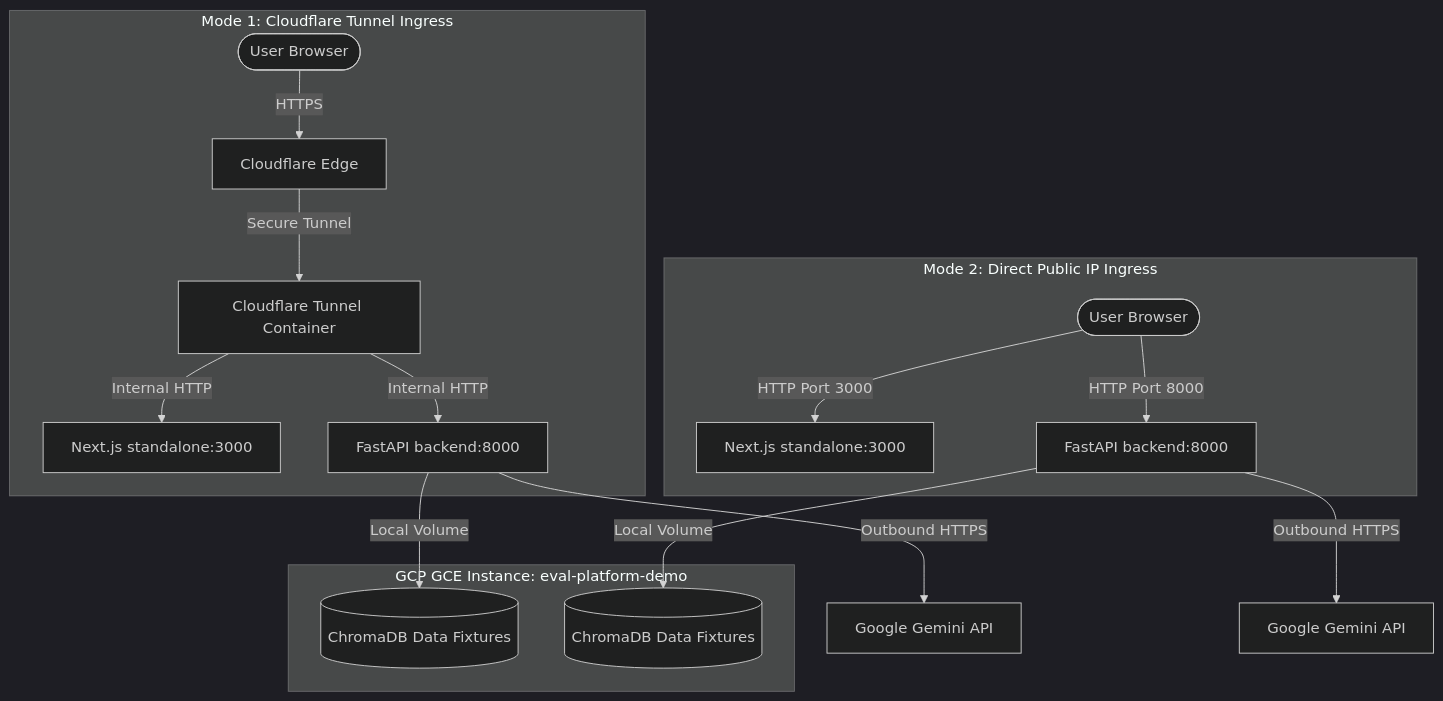
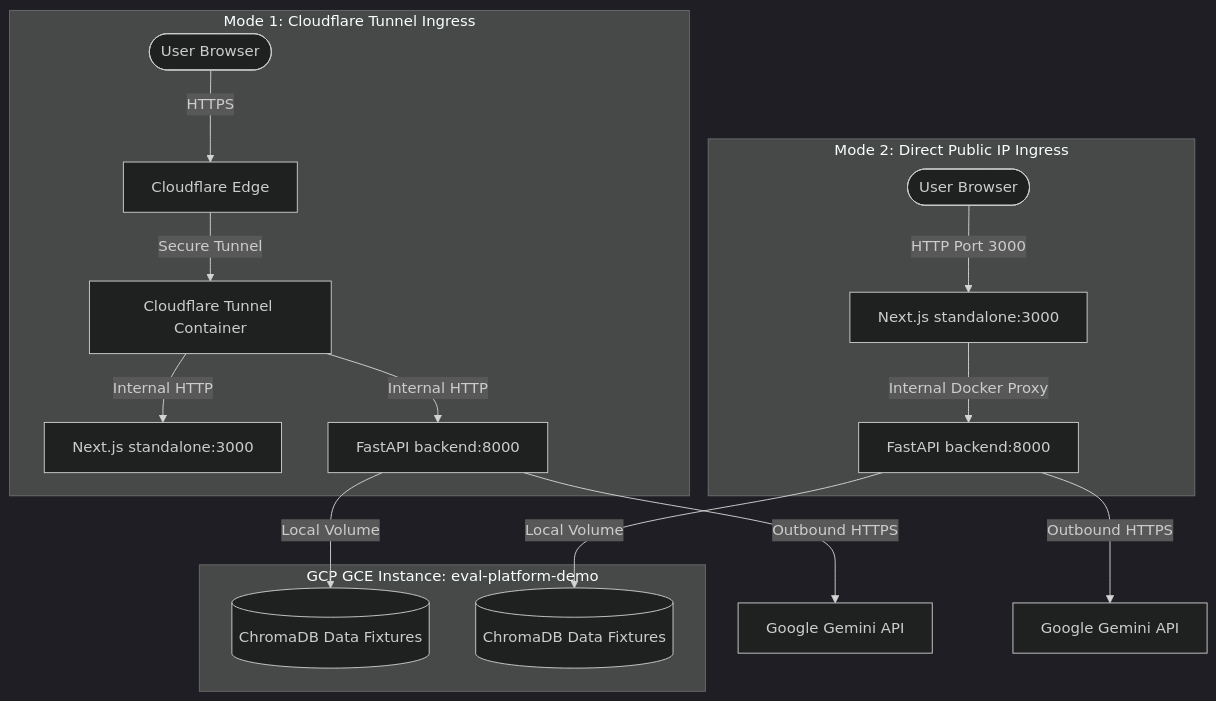
Before and after one commit to cafesuada24/eval-platform: the diagram in docs/superpowers/specs/2026-06-25-gcp-deployment-design.md, drawn with Mermaid (dark theme). The commit also changed other lines of this file and 1 other file, not shown here.

Commit message:
docs: document Next.js API proxy rewrite updates

````diff
--- a/docs/superpowers/specs/2026-06-25-gcp-deployment-design.md
+++ b/docs/superpowers/specs/2026-06-25-gcp-deployment-design.md
@@ -21,26 +21,26 @@
 ```mermaid
 graph TD
     subgraph Mode 1: Cloudflare Tunnel Ingress
         User1([User Browser]) -->|HTTPS| CF[Cloudflare Edge]
         CF -->|Secure Tunnel| Tunnel[Cloudflare Tunnel Container]
         Tunnel -->|Internal HTTP| Frontend1[Next.js standalone:3000]
         Tunnel -->|Internal HTTP| Backend1[FastAPI backend:8000]
     end
 
     subgraph Mode 2: Direct Public IP Ingress
         User2([User Browser]) -->|HTTP Port 3000| Frontend2[Next.js standalone:3000]
-        User2 -->|HTTP Port 8000| Backend2[FastAPI backend:8000]
+        Frontend2 -->|Internal Docker Proxy| Backend2[FastAPI backend:8000]
     end
 
     subgraph GCP Compute Engine VM [GCP GCE Instance: eval-platform-demo]
         Frontend1
         Backend1
         Frontend2
         Backend2
         Backend1 -->|Local Volume| ChromaDB1[(ChromaDB Data Fixtures)]
         Backend2 -->|Local Volume| ChromaDB2[(ChromaDB Data Fixtures)]
     end
 
     Backend1 -->|Outbound HTTPS| GeminiAPI1[Google Gemini API]
     Backend2 -->|Outbound HTTPS| GeminiAPI2[Google Gemini API]
 ```
````
